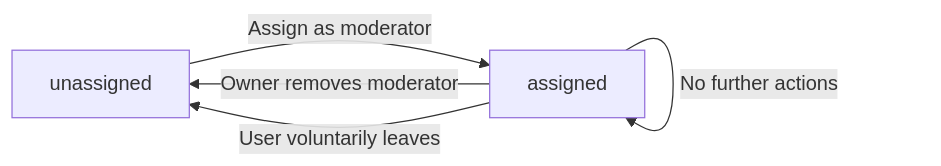
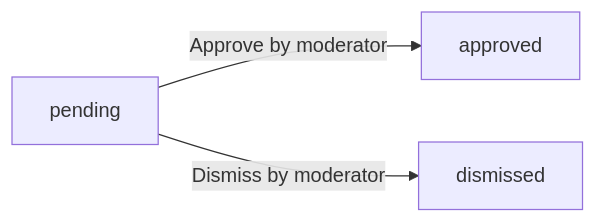
One commit to wrtnlabs/autobe-examples changed the sixth of 6 diagrams in qwen/qwen3.5-35b-a3b/reddit/docs/analysis/02-domain-model.md. Above: the diagram before and after it, drawn with Mermaid. The commit also changed other lines of this file and 6645 other files, not shown here.

````diff
--- a/qwen/qwen3.5-35b-a3b/reddit/docs/analysis/02-domain-model.md
+++ b/qwen/qwen3.5-35b-a3b/reddit/docs/analysis/02-domain-model.md
@@ -862,7 +959,5 @@
 ```mermaid
 flowchart LR
-    A["unassigned"] -->|"Assign as moderator"| B["assigned"]
-    B -->|"Owner removes moderator"| A
-    B -->|"User voluntarily leaves"| A
-    B -->|"No further actions"| B
+    A["pending"] -->|Approve by moderator| B["approved"]
+    A -->|Dismiss by moderator| C["dismissed"]
 ```
````
